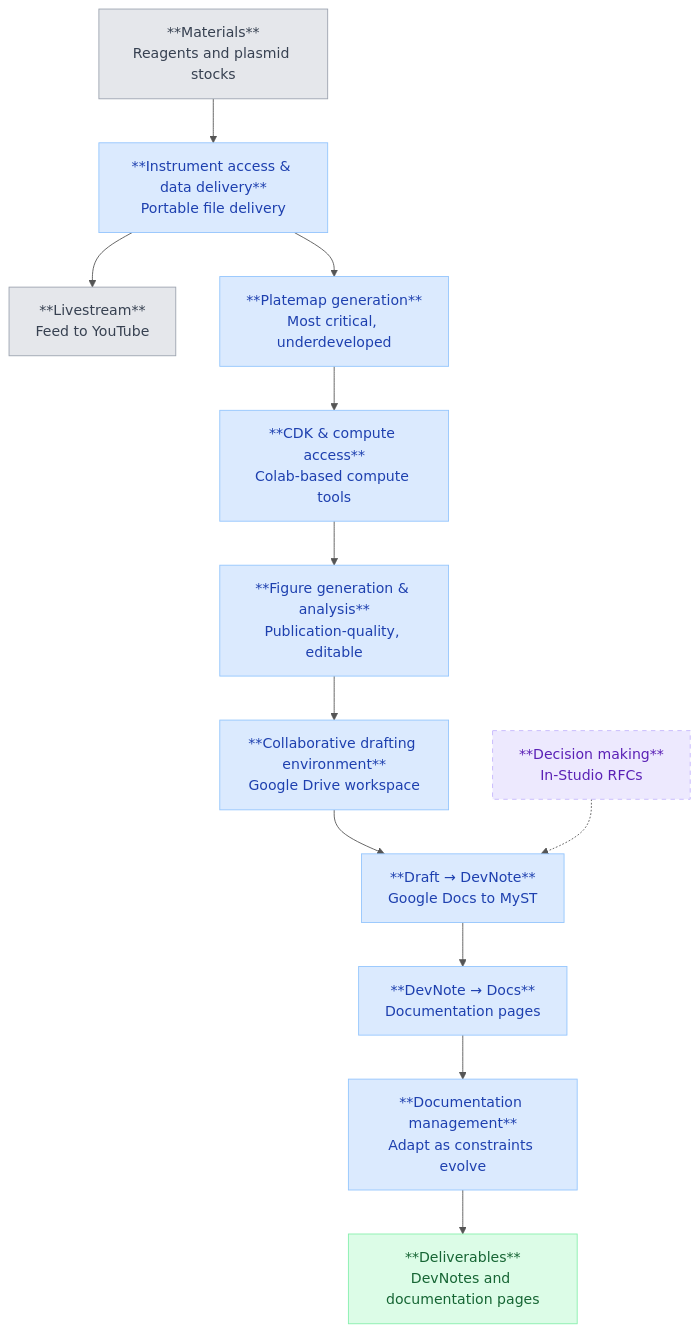
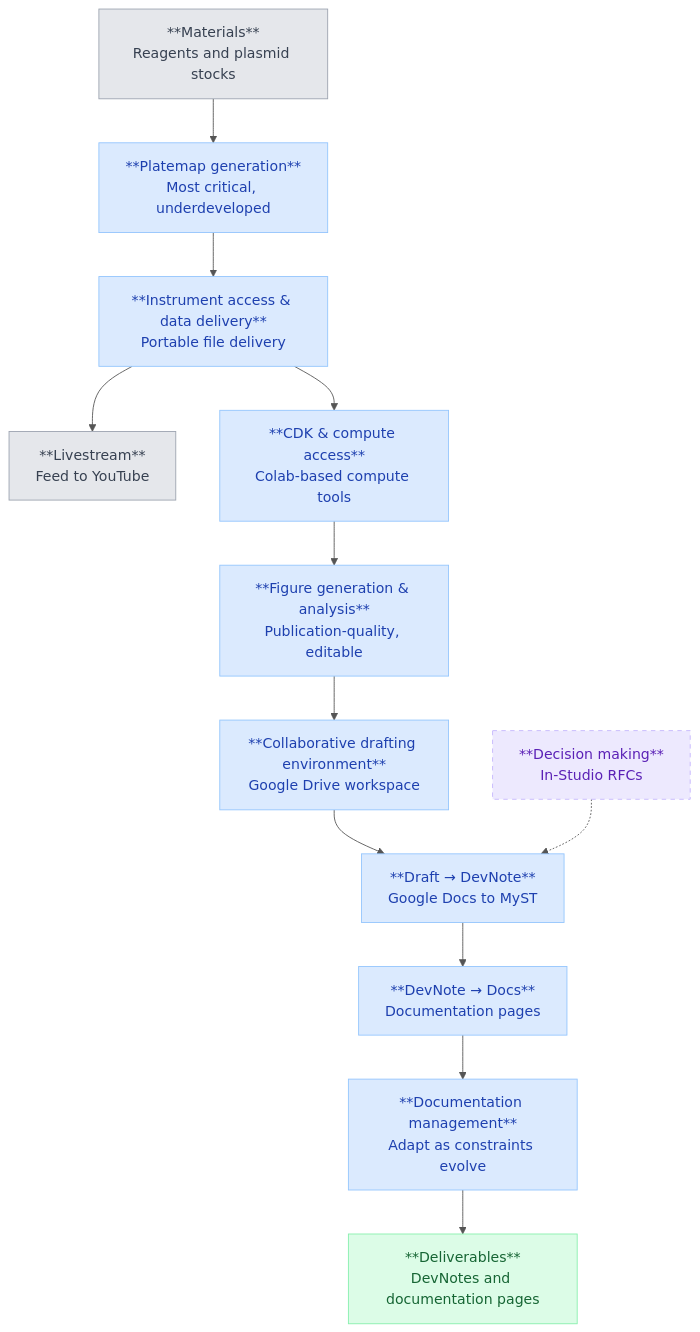
One commit to nucleus-eng/nucleus-devnote-archive-1 changed the diagram in devnotes/devstudio/assets/pipeline-diagram.md. Above: the diagram before and after it, drawn with Mermaid.

Commit message:
Reorder pipeline: platemap generation before instrument/data delivery

````diff
--- a/devnotes/devstudio/assets/pipeline-diagram.md
+++ b/devnotes/devstudio/assets/pipeline-diagram.md
@@ -2,40 +2,40 @@
 ```mermaid
 %%{init: {'theme': 'base', 'themeVariables': {'lineColor': '#555555', 'edgeLabelBackground': '#ffffff'}}}%%
 flowchart TD
     MATERIALS["**Materials**<br/>Reagents and plasmid stocks"]
     INSTRUMENT["**Instrument access & data delivery**<br/>Portable file delivery"]
     LIVESTREAM["**Livestream**<br/>Feed to YouTube"]
     PLATEMAP["**Platemap generation**<br/>Most critical, underdeveloped"]
     CDK["**CDK & compute access**<br/>Colab-based compute tools"]
     FIGURES["**Figure generation & analysis**<br/>Publication-quality, editable"]
     DRAFTING["**Collaborative drafting environment**<br/>Google Drive workspace"]
     DECISIONS["**Decision making**<br/>In-Studio RFCs"]
     DEVNOTE["**Draft → DevNote**<br/>Google Docs to MyST"]
     DOCS["**DevNote → Docs**<br/>Documentation pages"]
     MGMT["**Documentation management**<br/>Adapt as constraints evolve"]
     DELIVERABLES["**Deliverables**<br/>DevNotes and documentation pages"]
 
-    MATERIALS --> INSTRUMENT
+    MATERIALS --> PLATEMAP
+    PLATEMAP --> INSTRUMENT
     INSTRUMENT --> LIVESTREAM
-    INSTRUMENT --> PLATEMAP
-    PLATEMAP --> CDK
+    INSTRUMENT --> CDK
     CDK --> FIGURES
     FIGURES --> DRAFTING
     DRAFTING --> DEVNOTE
     DECISIONS -.-> DEVNOTE
     DEVNOTE --> DOCS
     DOCS --> MGMT
     MGMT --> DELIVERABLES
 
     classDef materials fill:#e5e7eb,color:#374151,stroke:#9ca3af;
     classDef pipeline fill:#dbeafe,color:#1e40af,stroke:#93c5fd;
     classDef side fill:#e5e7eb,color:#374151,stroke:#9ca3af;
     classDef decisions fill:#ede9fe,color:#5b21b6,stroke:#c4b5fd,stroke-dasharray: 5 5;
     classDef deliverables fill:#dcfce7,color:#166534,stroke:#86efac;
 
     class MATERIALS materials;
     class INSTRUMENT,PLATEMAP,CDK,FIGURES,DRAFTING,DEVNOTE,DOCS,MGMT pipeline;
     class LIVESTREAM side;
     class DECISIONS decisions;
     class DELIVERABLES deliverables;
 ```
````
